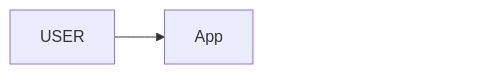
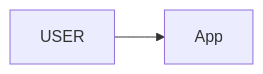
Before and after one commit to ArpanMaheshwari144/Prep: the first of 11 diagrams in 04_HLD/SYSTEM_DESIGNS/02_rate_limiter/02_rate_limiter.md, drawn with Mermaid. The commit also changed other lines of this file and 182 other files, not shown here.

Commit message:
hld 14 file: har diagram mermaid-cli se SVG image (source details me), n_pad hataya, render tool 04_HLD/tools

````diff
--- a/04_HLD/SYSTEM_DESIGNS/02_rate_limiter/02_rate_limiter.md
+++ b/04_HLD/SYSTEM_DESIGNS/02_rate_limiter/02_rate_limiter.md
@@ -81,10 +85,7 @@
 ```mermaid
 %%{init: {"flowchart": {"wrappingWidth": 450}}}%%
 flowchart LR
     n_USER["USER"]
     n_App["App"]
     n_USER --> n_App
-    n_pad["xxxxxxxxxxxxxxxx"]
-    n_App ~~~ n_pad
-    style n_pad fill:none,stroke:none,color:#ffffff00
 ```
````
